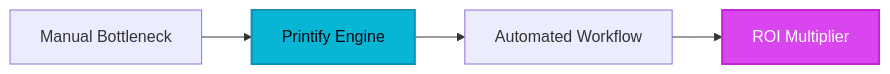
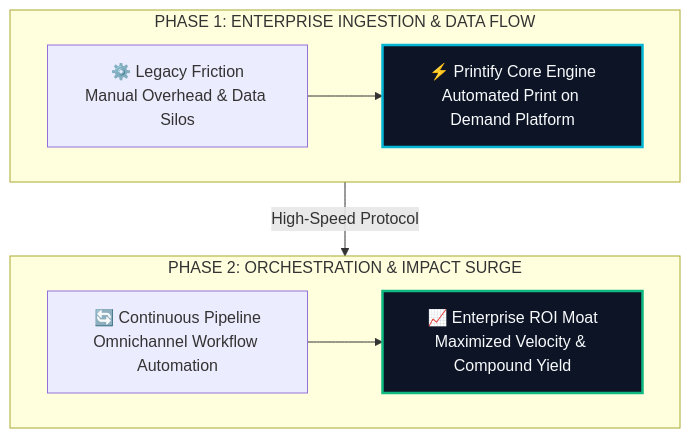
One commit to heliatech-media/saas-radar changed the diagram in site/src/content/blog/printify-evolution-guide-2026.md. Above: the diagram before and after it, drawn with Mermaid. The commit also changed 97 other files, not shown here.

First line of the commit message:
feat(diagrams): upgrade all article architecture schemas to high-impact 2-tier responsive vector blueprints

````diff
--- a/site/src/content/blog/printify-evolution-guide-2026.md
+++ b/site/src/content/blog/printify-evolution-guide-2026.md
@@ -56,8 +56,14 @@
 ```mermaid
-flowchart LR
-    A[Manual Bottleneck] --> B[Printify Engine]
-    B --> C[Automated Workflow]
-    C --> D[ROI Multiplier]
-    style B fill:#06b6d4,stroke:#0891b2,stroke-width:2px,color:#030712
-    style D fill:#d946ef,stroke:#c026d3,stroke-width:2px,color:#ffffff
+flowchart TD
+    subgraph S1["PHASE 1: ENTERPRISE INGESTION & DATA FLOW"]
+        direction LR
+        A["⚙️ Legacy Friction<br/>Manual Overhead & Data Silos"] --> B["⚡ Printify Core Engine<br/>Automated Print on Demand Platform"]
+    end
+    subgraph S2["PHASE 2: ORCHESTRATION & IMPACT SURGE"]
+        direction LR
+        C["🔄 Continuous Pipeline<br/>Omnichannel Workflow Automation"] --> D["📈 Enterprise ROI Moat<br/>Maximized Velocity & Compound Yield"]
+    end
+    S1 -->|High-Speed Protocol| S2
+    style B fill:#0c1425,stroke:#06b6d4,stroke-width:2.5px,color:#f8fafc
+    style D fill:#0c1425,stroke:#10b981,stroke-width:2.5px,color:#f8fafc
 ```
````
